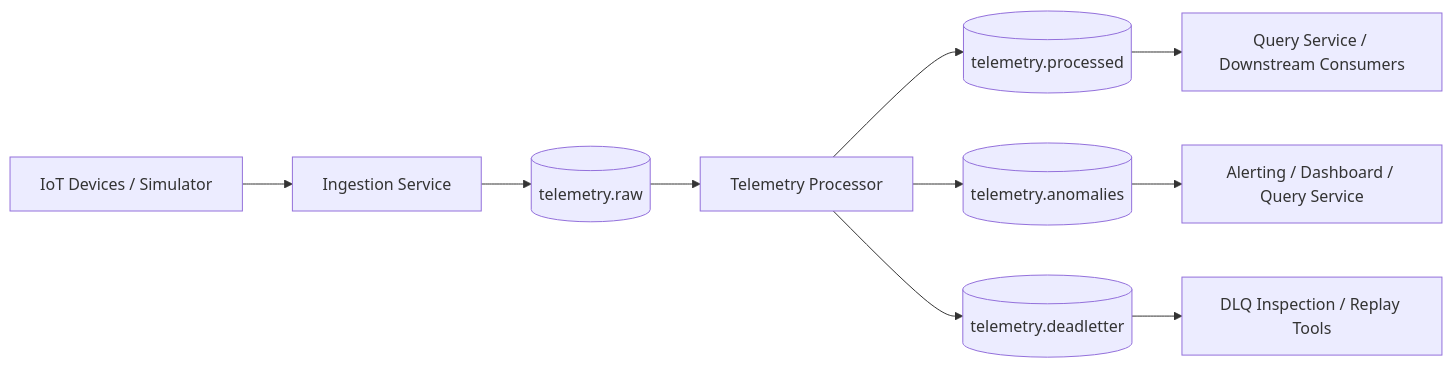
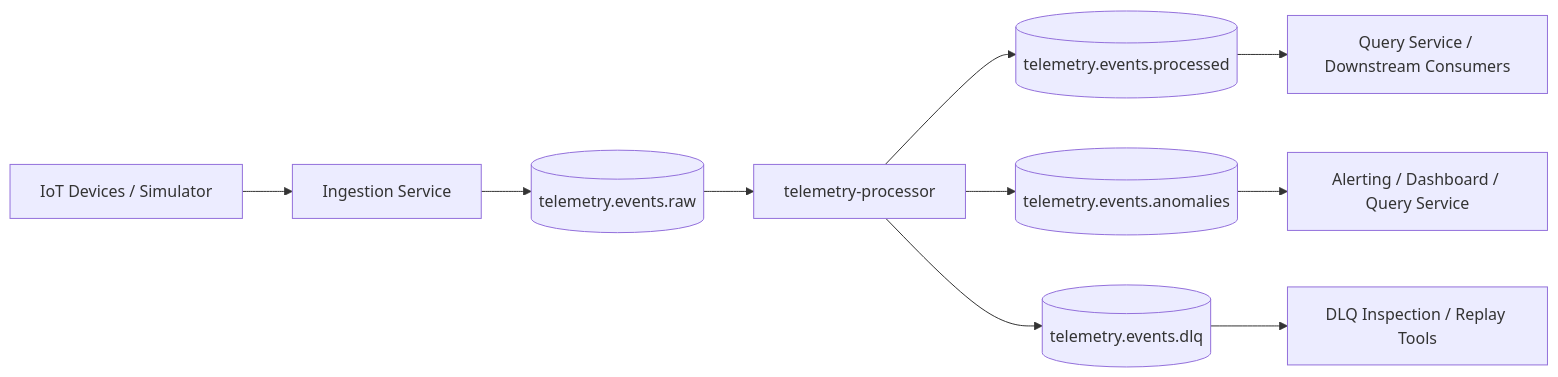
The diagram in docs/diagrams/kafka-topology.md (ME-Massine/pulsestream), drawn with Mermaid before and after one commit. The commit also changed other lines of this file and 6 other files, not shown here.

Commit message:
docs: fix diagram naming consistency and align with architecture standard

````diff
--- a/docs/diagrams/kafka-topology.md
+++ b/docs/diagrams/kafka-topology.md
@@ -5,15 +5,15 @@
 ```mermaid
 flowchart LR
     A[IoT Devices / Simulator] --> B[Ingestion Service]
-    B --> T1[(telemetry.raw)]
+    B --> T1[(telemetry.events.raw)]
 
-    T1 --> C[Telemetry Processor]
+    T1 --> C[telemetry-processor]
 
-    C --> T2[(telemetry.processed)]
-    C --> T3[(telemetry.anomalies)]
-    C --> T4[(telemetry.deadletter)]
+    C --> T2[(telemetry.events.processed)]
+    C --> T3[(telemetry.events.anomalies)]
+    C --> T4[(telemetry.events.dlq)]
 
     T2 --> D[Query Service / Downstream Consumers]
     T3 --> E[Alerting / Dashboard / Query Service]
     T4 --> F[DLQ Inspection / Replay Tools]
 ```
````
